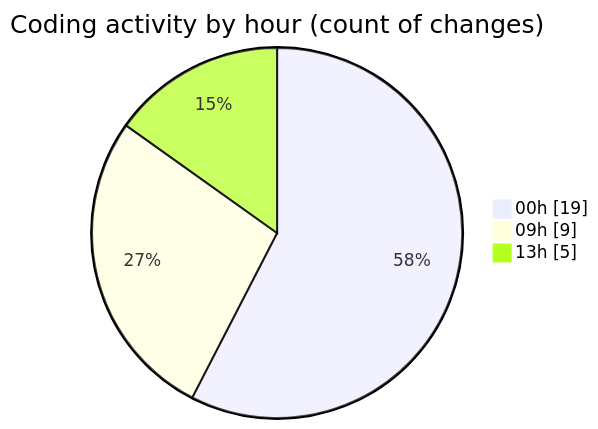
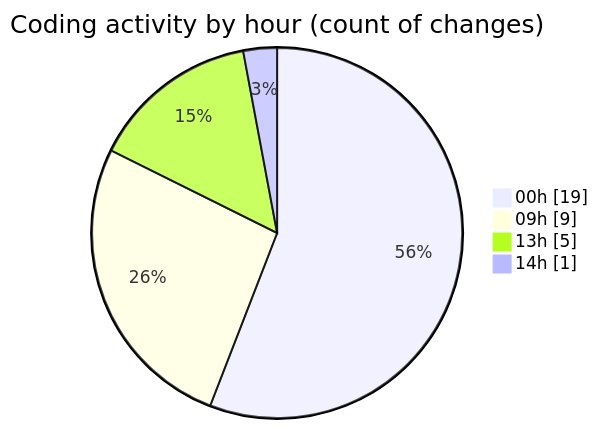
The second of 2 diagrams in 2025-08-12/ribbon/README.md (EIIisD/code-tracking), drawn with Mermaid before and after one commit. The commit also changed other lines of this file and 1 other file, not shown here.

````diff
--- a/2025-08-12/ribbon/README.md
+++ b/2025-08-12/ribbon/README.md
@@ -47,7 +47,8 @@
 ```mermaid
 pie showData
 title Coding activity by hour (count of changes)
 "00h" : 19
 "09h" : 9
 "13h" : 5
+"14h" : 1
 ```
````
